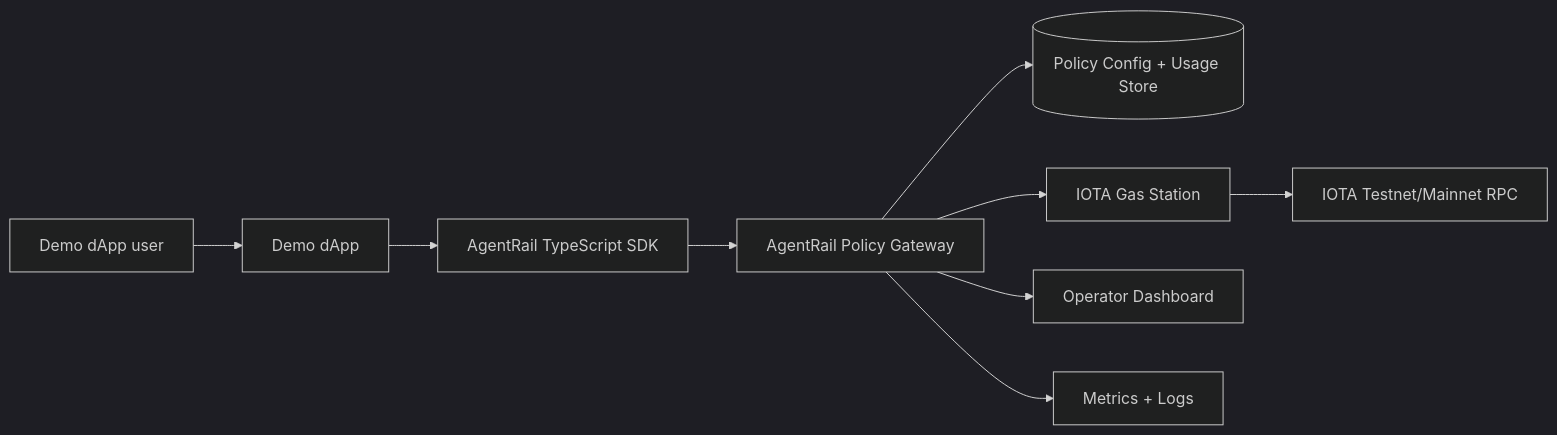
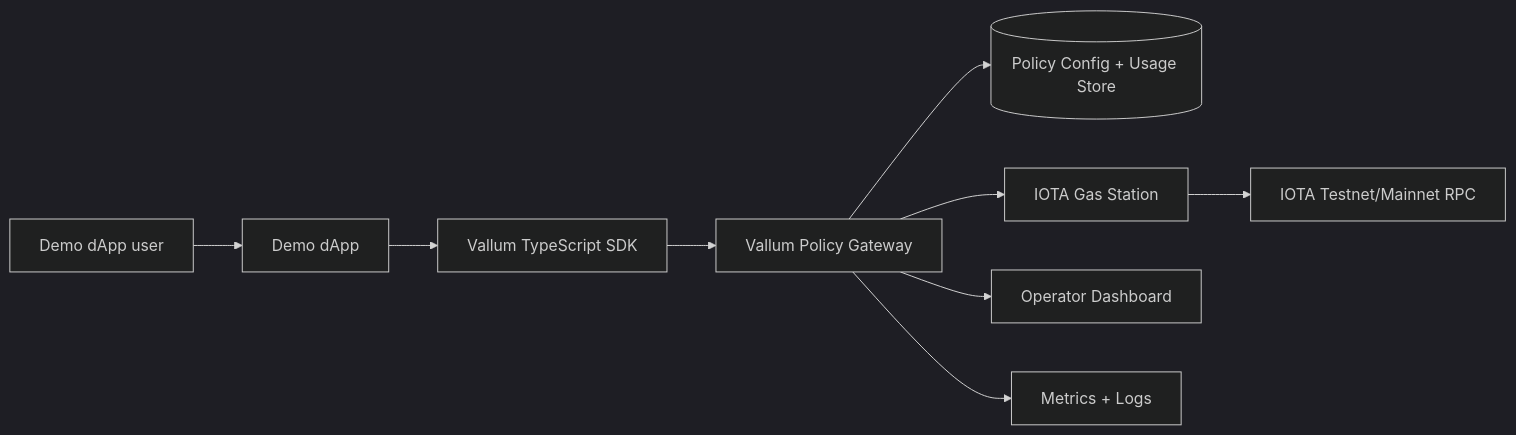
One commit to 0xCozart/vallum changed the diagram in README.md. Above: the diagram before and after it, drawn with Mermaid (dark theme). The commit also changed other lines of this file and 9 other files, not shown here.

First line of the commit message:
chore: rebrand project metadata and agent skills to Vallum

````diff
--- a/README.md
+++ b/README.md
@@ -310,11 +309,11 @@
 ```mermaid
 flowchart LR
   User[Demo dApp user] --> Demo[Demo dApp]
-  Demo --> SDK[AgentRail TypeScript SDK]
-  SDK --> Gateway[AgentRail Policy Gateway]
+  Demo --> SDK[Vallum TypeScript SDK]
+  SDK --> Gateway[Vallum Policy Gateway]
   Gateway --> Policy[(Policy Config + Usage Store)]
   Gateway --> GasStation[IOTA Gas Station]
   GasStation --> IOTA[IOTA Testnet/Mainnet RPC]
   Gateway --> Dashboard[Operator Dashboard]
   Gateway --> Metrics[Metrics + Logs]
 ```
````
